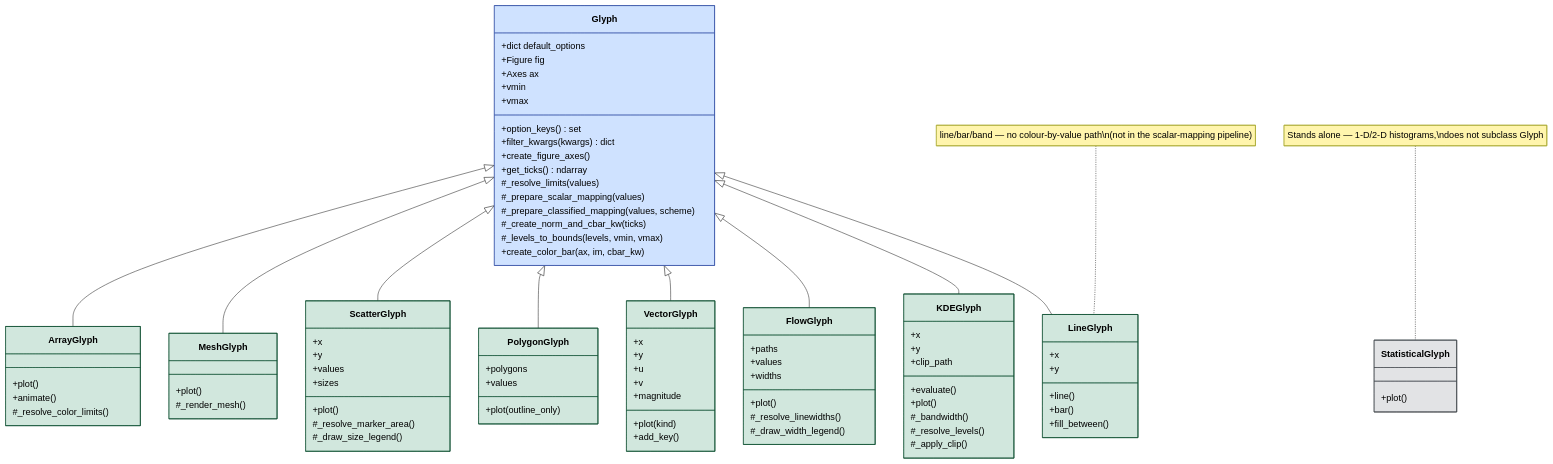
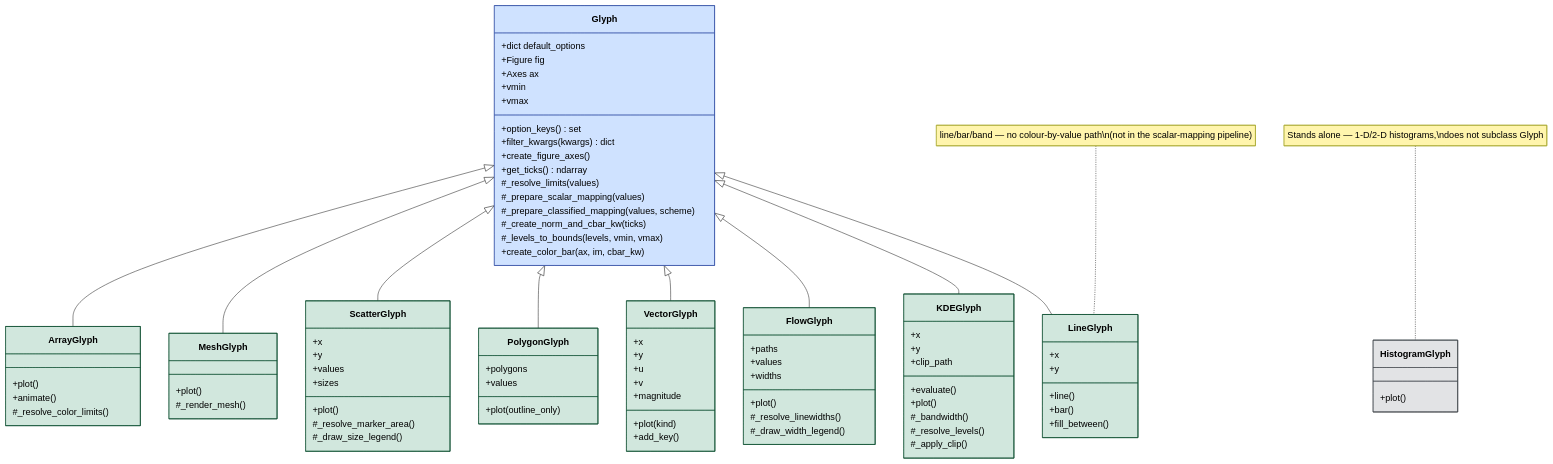
One commit to serapeum-org/cleopatra changed the first of 5 diagrams in docs/diagrams/glyph-architecture.md. Above: the diagram before and after it, drawn with Mermaid. The commit also changed other lines of this file and 169 other files, not shown here.

````diff
--- a/docs/diagrams/glyph-architecture.md
+++ b/docs/diagrams/glyph-architecture.md
@@ -103,7 +103,7 @@
         +bar()
         +fill_between()
     }
-    class StatisticalGlyph {
+    class HistogramGlyph {
         +plot()
     }
 
@@ -116,7 +116,7 @@
     Glyph <|-- KDEGlyph
     Glyph <|-- LineGlyph
 
-    note for StatisticalGlyph "Stands alone — 1-D/2-D histograms,\ndoes not subclass Glyph"
+    note for HistogramGlyph "Stands alone — 1-D/2-D histograms,\ndoes not subclass Glyph"
     note for LineGlyph "line/bar/band — no colour-by-value path\n(not in the scalar-mapping pipeline)"
 
     style Glyph fill:#cfe2ff,stroke:#3D59AB,color:#000
@@ -128,5 +128,5 @@
     style FlowGlyph fill:#d1e7dd,stroke:#0f5132,color:#000
     style KDEGlyph fill:#d1e7dd,stroke:#0f5132,color:#000
     style LineGlyph fill:#d1e7dd,stroke:#0f5132,color:#000
-    style StatisticalGlyph fill:#e2e3e5,stroke:#41464b,color:#000
+    style HistogramGlyph fill:#e2e3e5,stroke:#41464b,color:#000
 ```
````
